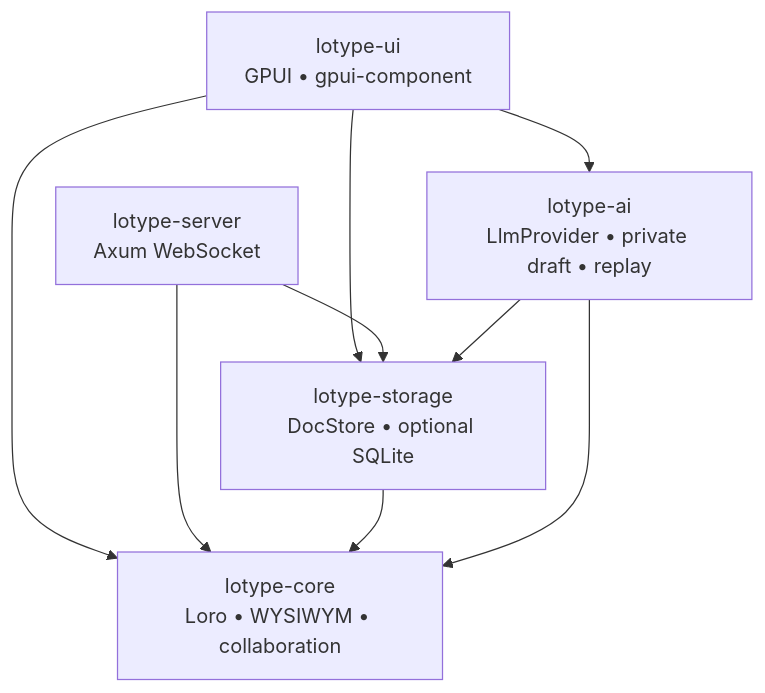
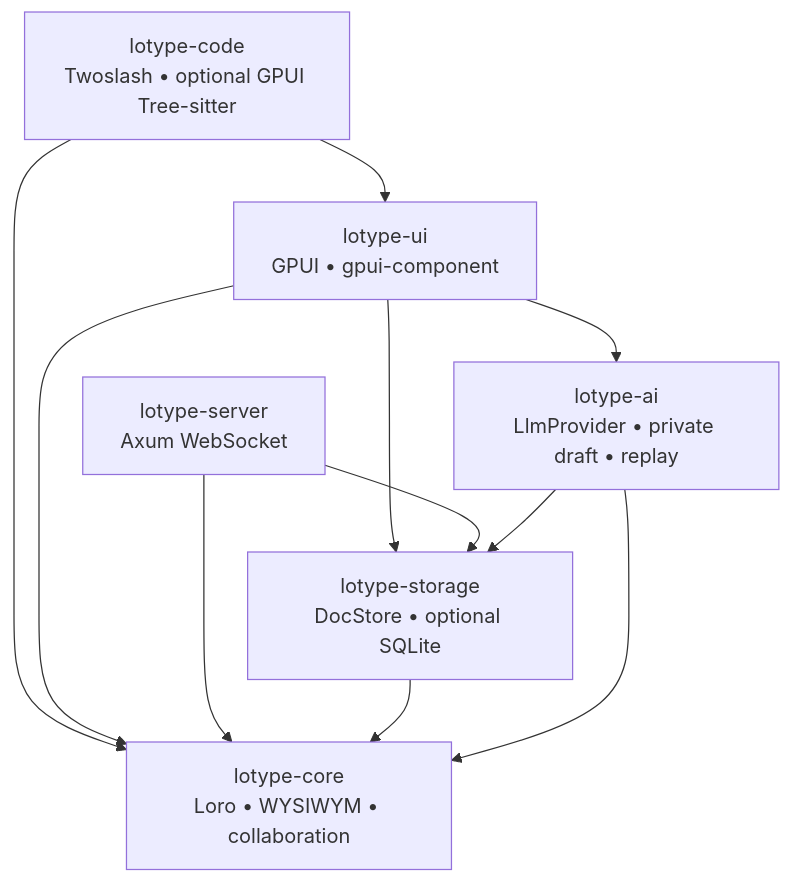
Before and after one commit to lotype/lotype: the diagram in ARCHITECTURE.md, drawn with Mermaid. The commit also changed other lines of this file and 30 other files, not shown here.

````diff
--- a/ARCHITECTURE.md
+++ b/ARCHITECTURE.md
@@ -95,13 +95,15 @@
 ```mermaid
 flowchart TD
+    CODE["lotype-code<br/>Twoslash • optional GPUI Tree-sitter"]
     UI["lotype-ui<br/>GPUI • gpui-component"]
     SERVER["lotype-server<br/>Axum WebSocket"]
     STORAGE["lotype-storage<br/>DocStore • optional SQLite"]
     AI["lotype-ai<br/>LlmProvider • private draft • replay"]
     CORE["lotype-core<br/>Loro • WYSIWYM • collaboration"]
 
+    CODE --> CORE & UI
     UI --> CORE & AI & STORAGE
     SERVER --> CORE & STORAGE
     STORAGE --> CORE
     AI --> CORE & STORAGE
 ```
````
